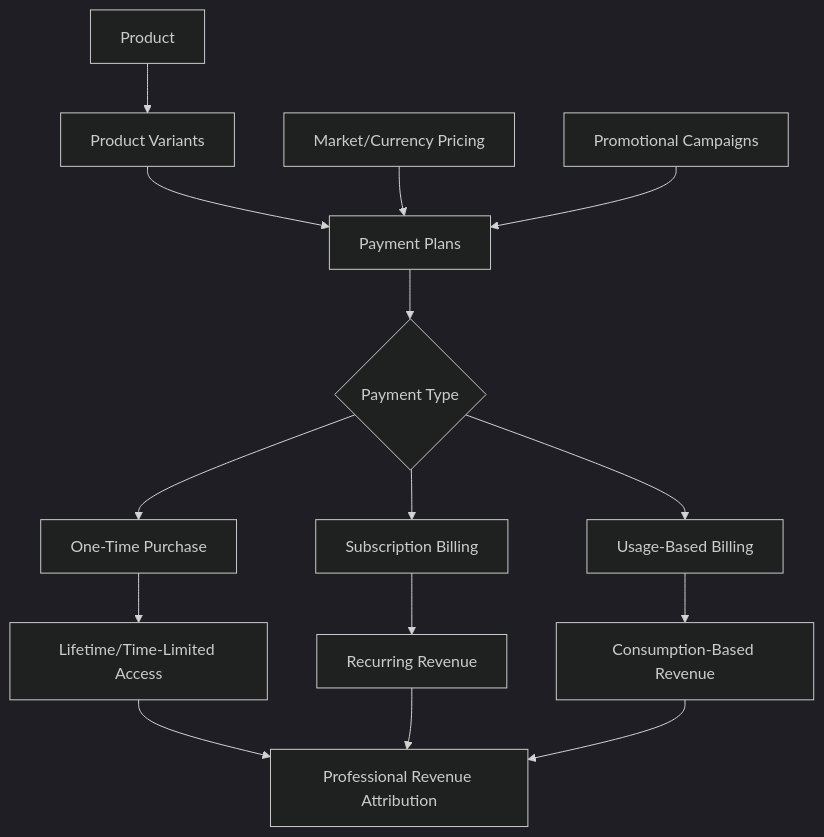
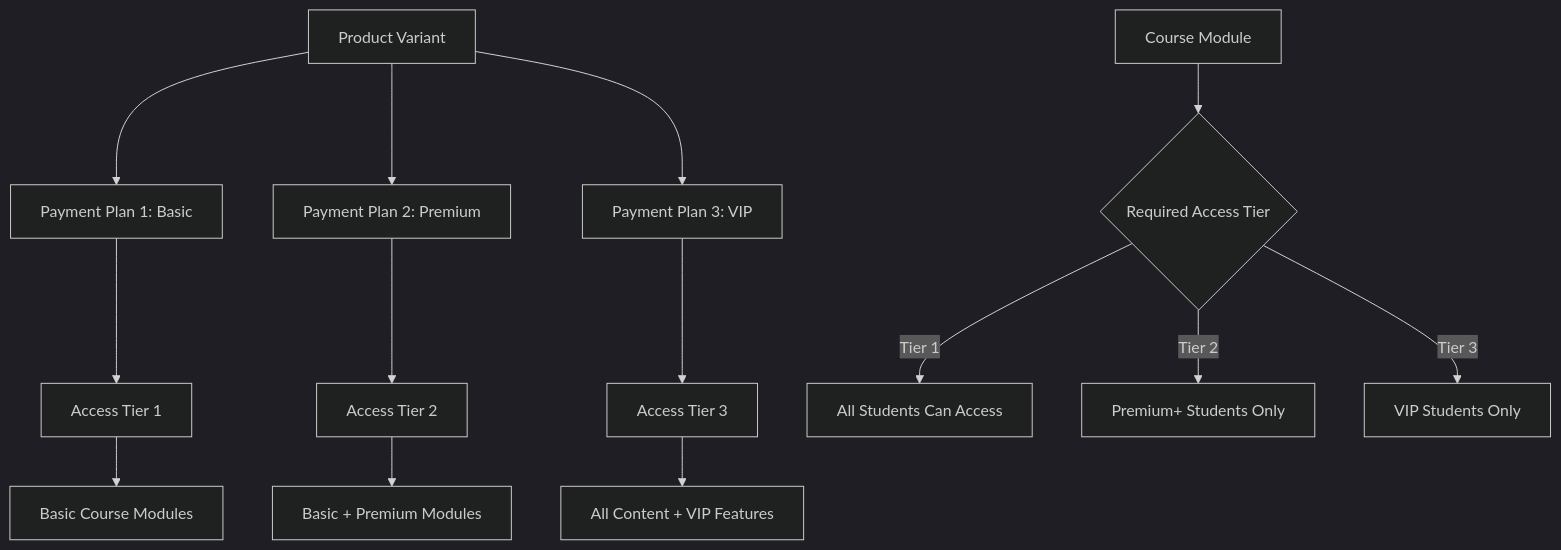
One commit to DreamEcho100/maze changed the third of 3 diagrams in apps/volmify/src/server/libs/db/schema/README.md. Above: the diagram before and after it, drawn with Mermaid (dark theme). The commit also changed other lines of this file and 7 other files, not shown here.

First line of the commit message:
feat: Enhance product payment schema and relations for educational content

````diff
--- a/apps/volmify/src/server/libs/db/schema/README.md
+++ b/apps/volmify/src/server/libs/db/schema/README.md
@@ -153,21 +191,19 @@
 ```mermaid
 graph TD
-    A[Product] --> B[Product Variants]
-    B --> C[Payment Plans]
-    C --> D{Payment Type}
+    A[Product Variant] --> B[Payment Plan 1: Basic]
+    A --> C[Payment Plan 2: Premium] 
+    A --> D[Payment Plan 3: VIP]
     
-    D --> E[One-Time Purchase]
-    D --> F[Subscription Billing]
-    D --> G[Usage-Based Billing]
+    B --> E[Access Tier 1]
+    C --> F[Access Tier 2]
+    D --> G[Access Tier 3]
     
-    E --> H[Lifetime/Time-Limited Access]
-    F --> I[Recurring Revenue]
-    G --> J[Consumption-Based Revenue]
+    E --> H[Basic Course Modules]
+    F --> I[Basic + Premium Modules]
+    G --> J[All Content + VIP Features]
     
-    H --> K[Professional Revenue Attribution]
-    I --> K
-    J --> K
-    
-    L[Market/Currency Pricing] --> C
-    M[Promotional Campaigns] --> C
+    K[Course Module] --> L{Required Access Tier}
+    L -->|Tier 1| M[All Students Can Access]
+    L -->|Tier 2| N[Premium+ Students Only]
+    L -->|Tier 3| O[VIP Students Only]
 ```
````
